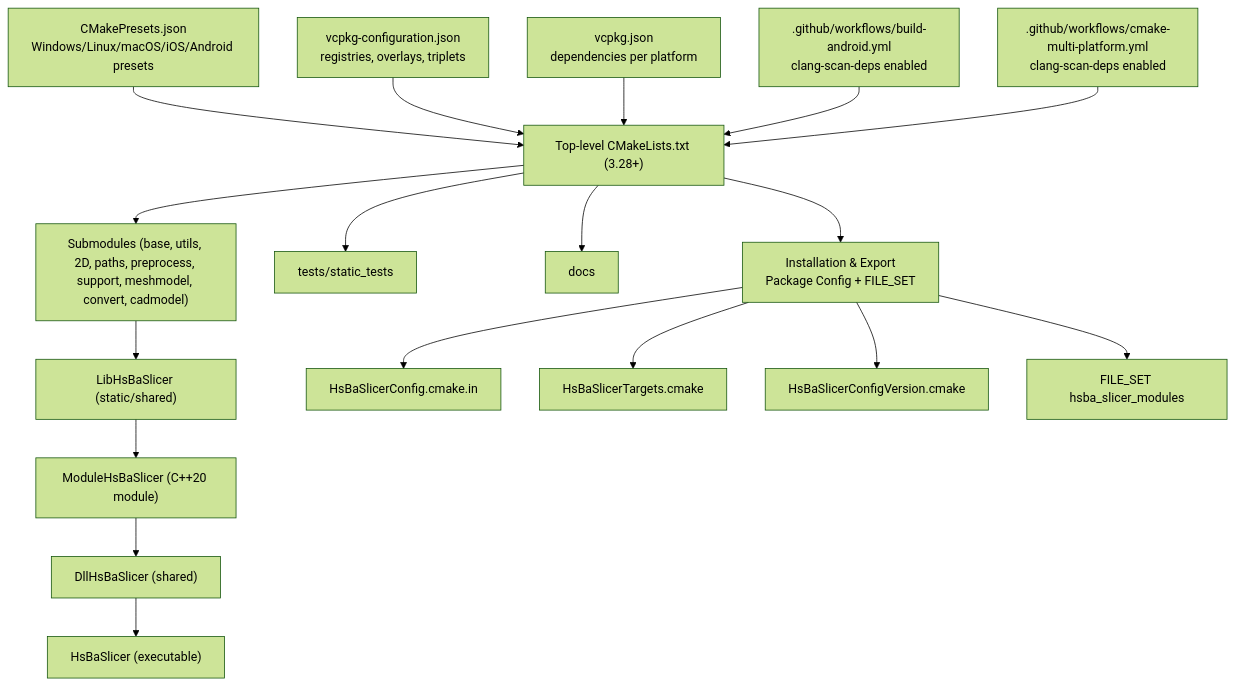
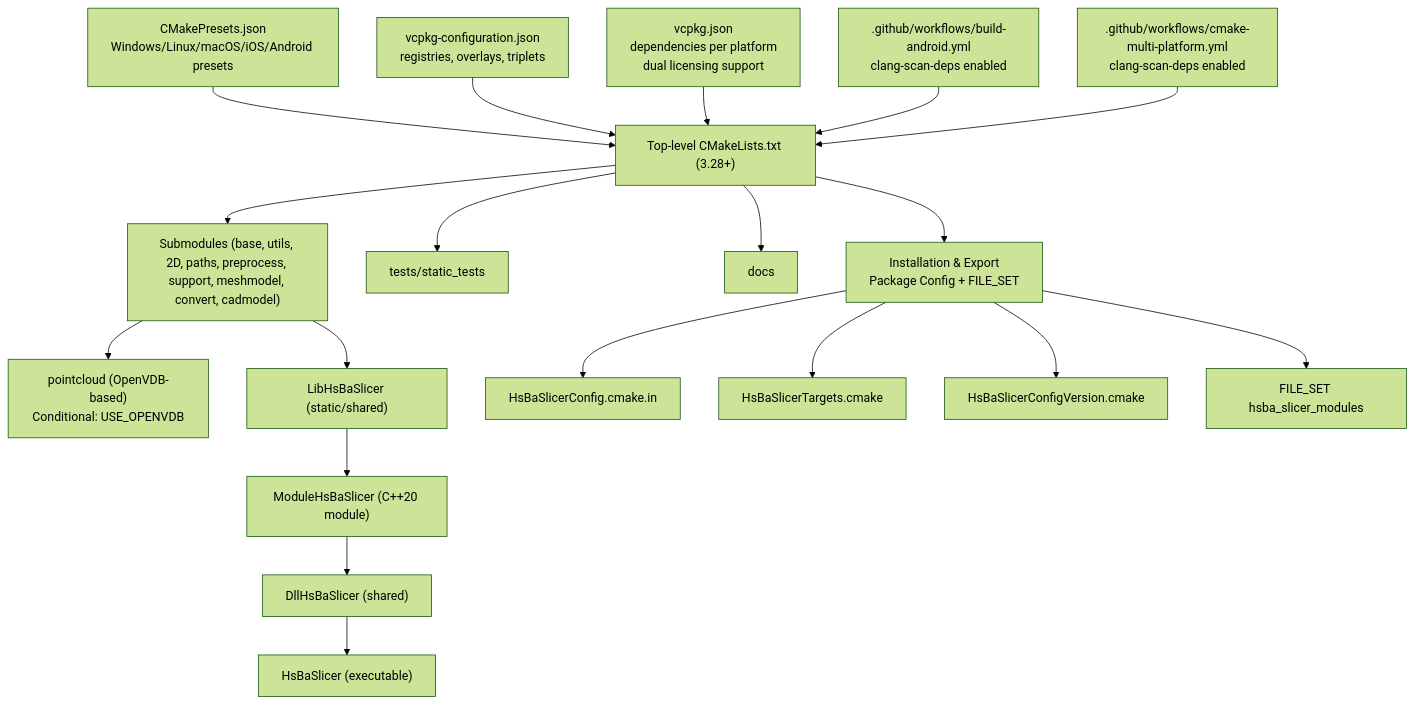
The second of 19 diagrams in .qoder/repowiki/en/content/Getting Started/Multi-Platform Build System.md (hsmbanlance/HsBaSlicer), drawn with Mermaid (forest theme) before and after one commit. The commit also changed other lines of this file and 31 other files, not shown here.

First line of the commit message:
docs(architecture): 更新文档以包含事件处理系统和动态库测试

````diff
--- a/.qoder/repowiki/en/content/Getting Started/Multi-Platform Build System.md
+++ b/.qoder/repowiki/en/content/Getting Started/Multi-Platform Build System.md
@@ -139,20 +146,21 @@
 ```mermaid
 graph TB
 Presets["CMakePresets.json<br/>Windows/Linux/macOS/iOS/Android presets"] --> CMakeRoot["Top-level CMakeLists.txt (3.28+)"]
 VcpkgCfg["vcpkg-configuration.json<br/>registries, overlays, triplets"] --> CMakeRoot
-VcpkgJson["vcpkg.json<br/>dependencies per platform"] --> CMakeRoot
+VcpkgJson["vcpkg.json<br/>dependencies per platform<br/>dual licensing support"] --> CMakeRoot
 BuildAndroid[".github/workflows/build-android.yml<br/>clang-scan-deps enabled"] --> CMakeRoot
 CMakeMulti[".github/workflows/cmake-multi-platform.yml<br/>clang-scan-deps enabled"] --> CMakeRoot
 CMakeRoot --> Modules["Submodules (base, utils, 2D, paths, preprocess, support, meshmodel, convert, cadmodel)"]
+Modules --> PointCloud["pointcloud (OpenVDB-based)<br/>Conditional: USE_OPENVDB"]
 Modules --> LibHsBaSlicer["LibHsBaSlicer (static/shared)"]
 LibHsBaSlicer --> ModuleHsBaSlicer["ModuleHsBaSlicer (C++20 module)"]
 ModuleHsBaSlicer --> DllHsBaSlicer["DllHsBaSlicer (shared)"]
 DllHsBaSlicer --> App["HsBaSlicer (executable)"]
 CMakeRoot --> Tests["tests/static_tests"]
 CMakeRoot --> Docs["docs"]
 CMakeRoot --> Install["Installation & Export<br/>Package Config + FILE_SET"]
 Install --> ConfigFile["HsBaSlicerConfig.cmake.in"]
 Install --> Targets["HsBaSlicerTargets.cmake"]
 Install --> Version["HsBaSlicerConfigVersion.cmake"]
 Install --> ModulesSet["FILE_SET hsba_slicer_modules"]
 ```
````
